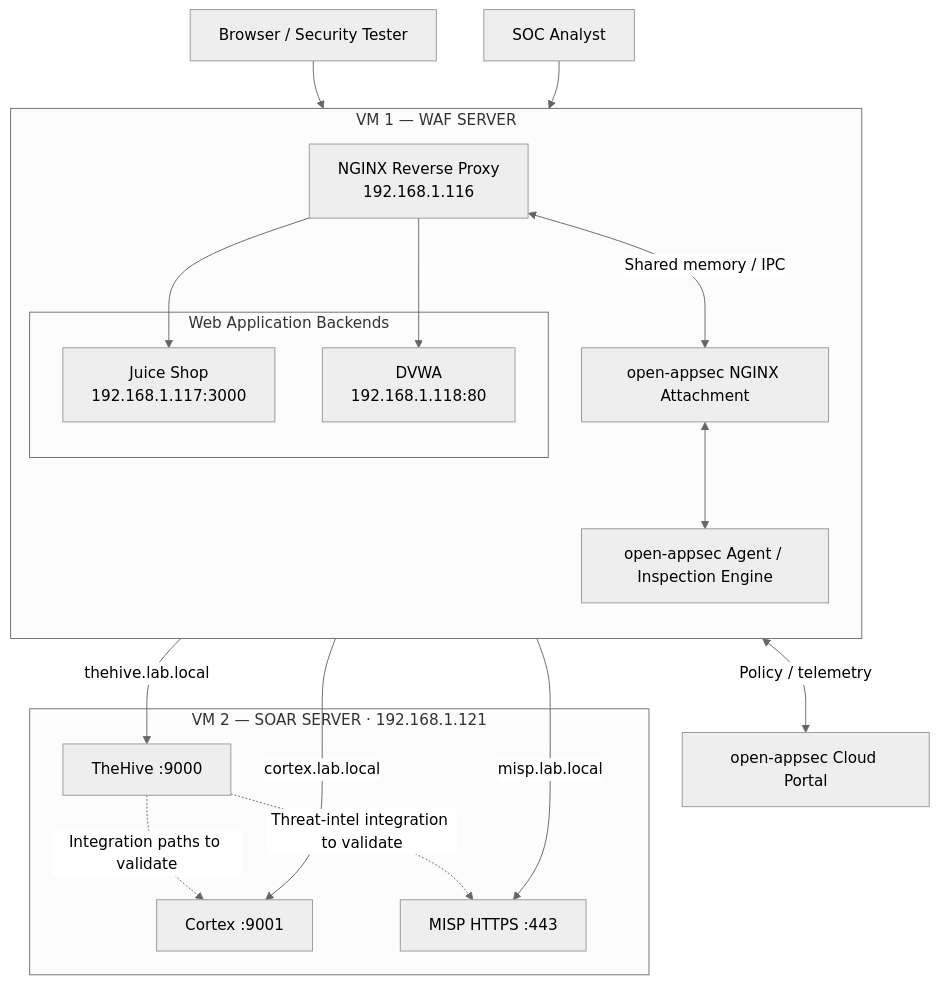
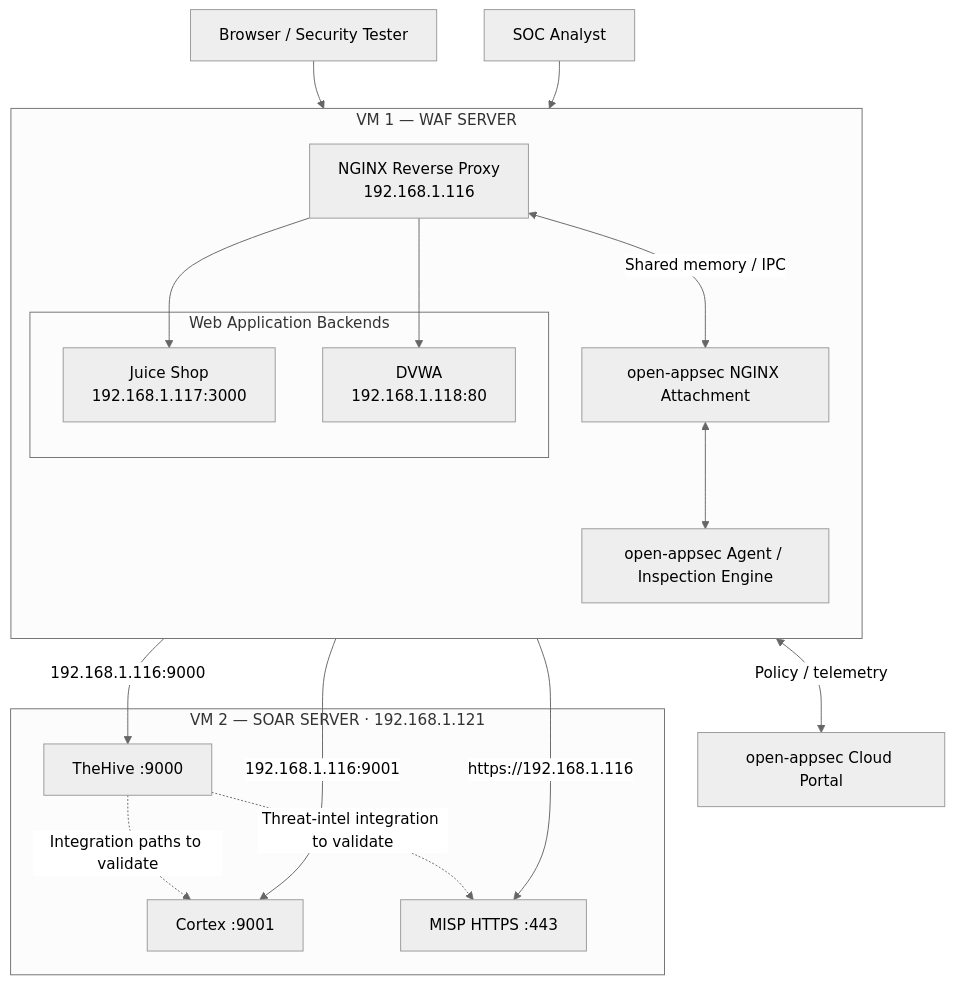
The diagram in README.md (Pamidipallikiran/open-appsec-waf-security-lab), drawn with Mermaid (neutral theme) before and after one commit. The commit also changed other lines of this file, not shown here.

````diff
--- a/README.md
+++ b/README.md
@@ -31,36 +31,36 @@
 ```mermaid
 flowchart TB
     CLIENT["Browser / Security Tester"]
     ANALYST["SOC Analyst"]
     PORTAL["open-appsec Cloud Portal"]
 
     subgraph WAFVM["VM 1 — WAF SERVER"]
         direction TB
         NGINX["NGINX Reverse Proxy<br/>192.168.1.116"]
         ATTACH["open-appsec NGINX Attachment"]
         AGENT["open-appsec Agent / Inspection Engine"]
         NGINX <--> |"Shared memory / IPC"| ATTACH
         ATTACH <--> AGENT
         subgraph WEB["Web Application Backends"]
             JUICE["Juice Shop<br/>192.168.1.117:3000"]
             DVWA["DVWA<br/>192.168.1.118:80"]
         end
         NGINX --> JUICE
         NGINX --> DVWA
     end
 
     subgraph SOARVM["VM 2 — SOAR SERVER · 192.168.1.121"]
         THEHIVE["TheHive :9000"]
         CORTEX["Cortex :9001"]
         MISP["MISP HTTPS :443"]
     end
 
     CLIENT --> NGINX
     ANALYST --> NGINX
-    NGINX -->|"thehive.lab.local"| THEHIVE
-    NGINX -->|"cortex.lab.local"| CORTEX
-    NGINX -->|"misp.lab.local"| MISP
+    NGINX -->|"192.168.1.116:9000"| THEHIVE
+    NGINX -->|"192.168.1.116:9001"| CORTEX
+    NGINX -->|"https://192.168.1.116"| MISP
     AGENT <-->|"Policy / telemetry"| PORTAL
     THEHIVE -.->|"Integration paths to validate"| CORTEX
     THEHIVE -.->|"Threat-intel integration to validate"| MISP
 ```
````
